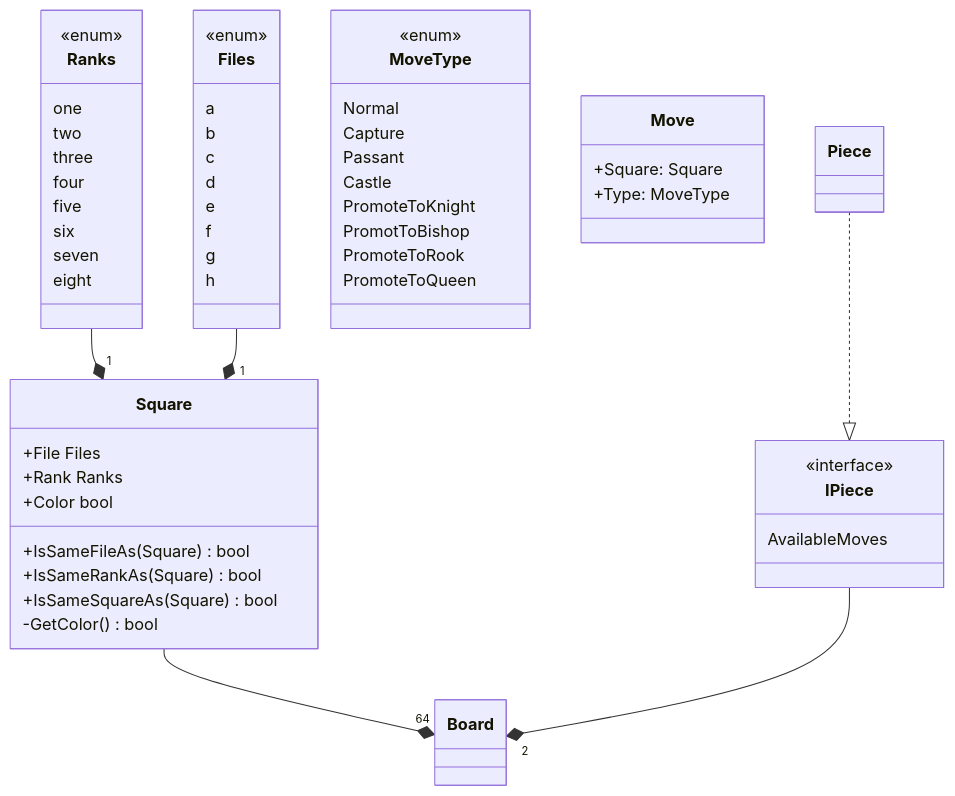
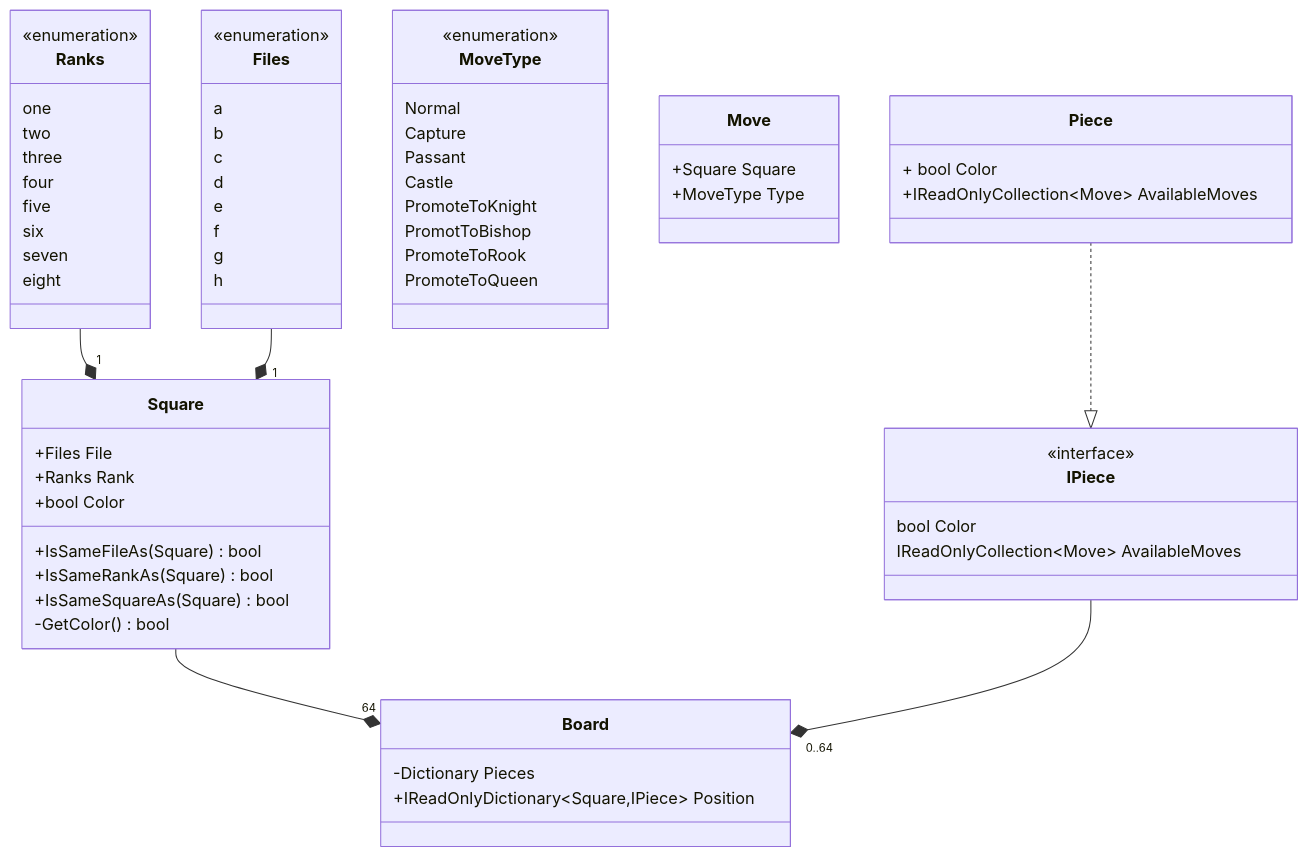
The diagram in UML Diagram/Core/Core.md (JeanLColombo/Mate), drawn with Mermaid before and after one commit.

Commit message:
Defined Board and IPiece implementation.

````diff
--- a/UML Diagram/Core/Core.md
+++ b/UML Diagram/Core/Core.md
@@ -1,64 +1,67 @@
 ```mermaid
     classDiagram
     class Files{
-        <<enum>>
+        <<enumeration>>
         a
         b
         c
         d
         e
         f
         g
         h
     }
     class Ranks{
-        <<enum>>
+        <<enumeration>>
         one
         two
         three
         four
         five 
         six
         seven
         eight
     }
     class MoveType{
-        <<enum>>
+        <<enumeration>>
         Normal
         Capture
         Passant
         Castle
         PromoteToKnight
         PromotToBishop
         PromoteToRook
         PromoteToQueen
     }
     class Square{
-        +File Files
-        +Rank Ranks
-        +Color bool
+        +Files File
+        +Ranks Rank
+        +bool Color
         +IsSameFileAs(Square) bool
         +IsSameRankAs(Square) bool
         +IsSameSquareAs(Square) bool
         -GetColor() bool
     }
     class Board{
-
+        -Dictionary<Square,IPiece> Pieces
+        +IReadOnlyDictionary~Square,IPiece~ Position  
     }
     class Move{
-        +Square: Square
-        +Type: MoveType
+        +Square Square
+        +MoveType Type
     }
     class IPiece{
         <<interface>>
-        AvailableMoves
+        bool Color
+        IReadOnlyCollection~Move~ AvailableMoves 
     }
     class Piece{
-
+        + bool Color
+        +IReadOnlyCollection~Move~ AvailableMoves 
     }
     Ranks --* "1" Square
     Files --* "1" Square
     Square --* "64" Board
-    IPiece --* "2" Board
+    IPiece --* "0..64" Board
     Piece ..|> IPiece
 ```
````
